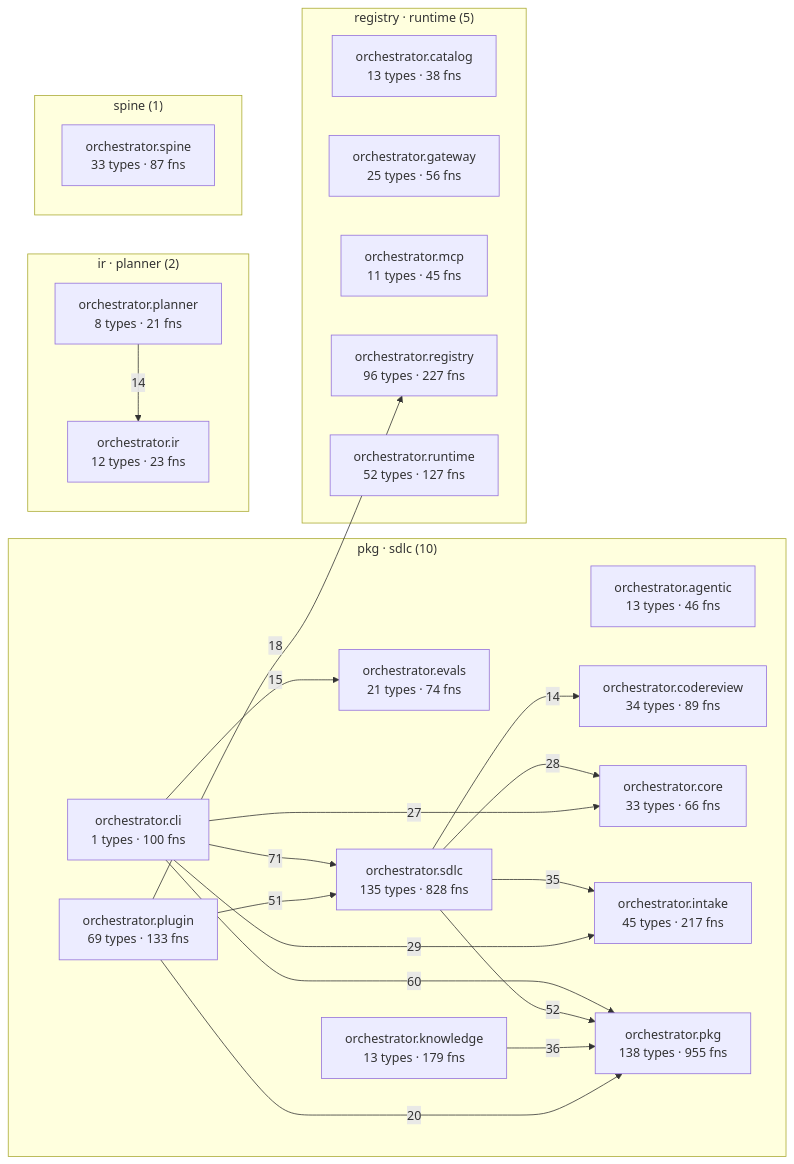
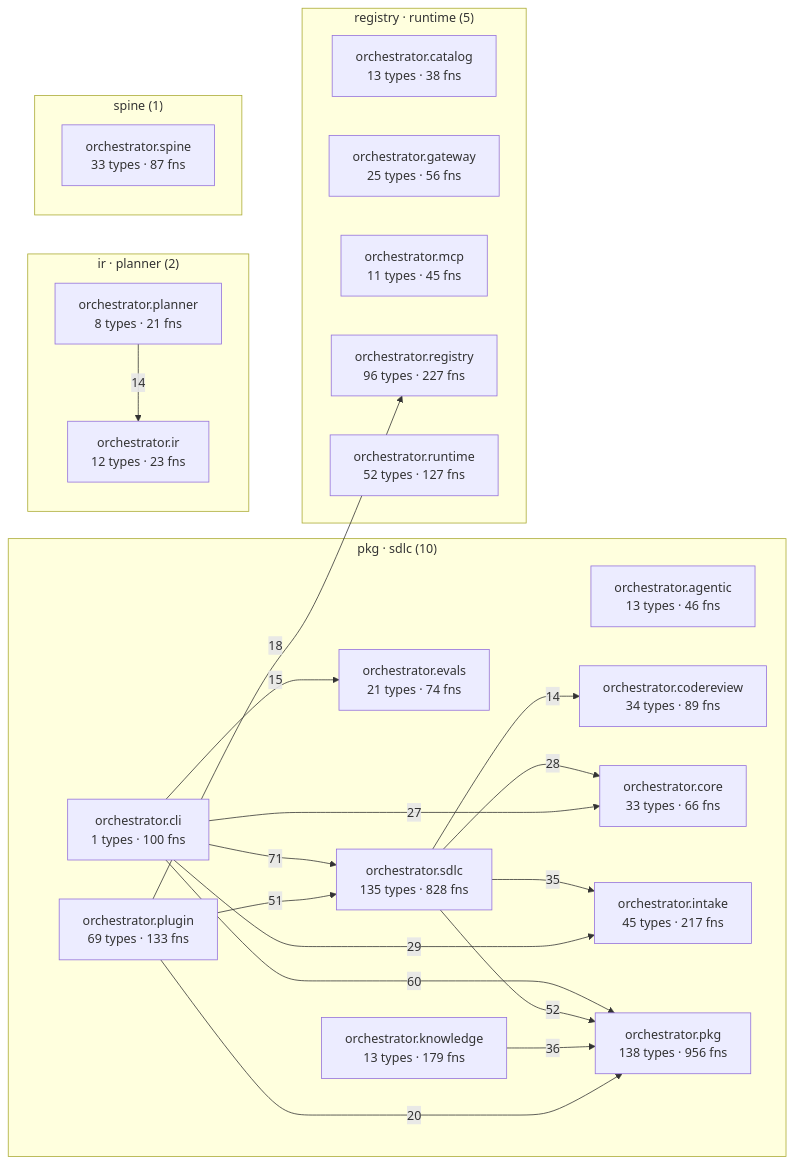
Before and after one commit to palakupadhyay23/spine: the diagram in episteme/architecture.md, drawn with Mermaid. The commit also changed other lines of this file and 10 other files, not shown here.

````diff
--- a/episteme/architecture.md
+++ b/episteme/architecture.md
@@ -54,43 +54,43 @@
 ```mermaid
 flowchart LR
   subgraph c_2["pkg · sdlc (10)"]
     aorchestratoragentic["orchestrator.agentic<br/>13 types · 46 fns"]
     aorchestratorcli["orchestrator.cli<br/>1 types · 100 fns"]
     aorchestratorcodereview["orchestrator.codereview<br/>34 types · 89 fns"]
     aorchestratorcore["orchestrator.core<br/>33 types · 66 fns"]
     aorchestratorevals["orchestrator.evals<br/>21 types · 74 fns"]
     aorchestratorintake["orchestrator.intake<br/>45 types · 217 fns"]
     aorchestratorknowledge["orchestrator.knowledge<br/>13 types · 179 fns"]
-    aorchestratorpkg["orchestrator.pkg<br/>138 types · 955 fns"]
+    aorchestratorpkg["orchestrator.pkg<br/>138 types · 956 fns"]
     aorchestratorplugin["orchestrator.plugin<br/>69 types · 133 fns"]
     aorchestratorsdlc["orchestrator.sdlc<br/>135 types · 828 fns"]
   end
   subgraph c_4["registry · runtime (5)"]
     aorchestratorcatalog["orchestrator.catalog<br/>13 types · 38 fns"]
     aorchestratorgateway["orchestrator.gateway<br/>25 types · 56 fns"]
     aorchestratormcp["orchestrator.mcp<br/>11 types · 45 fns"]
     aorchestratorregistry["orchestrator.registry<br/>96 types · 227 fns"]
     aorchestratorruntime["orchestrator.runtime<br/>52 types · 127 fns"]
   end
   subgraph c_7["ir · planner (2)"]
     aorchestratorir["orchestrator.ir<br/>12 types · 23 fns"]
     aorchestratorplanner["orchestrator.planner<br/>8 types · 21 fns"]
   end
   subgraph c_12["spine (1)"]
     aorchestratorspine["orchestrator.spine<br/>33 types · 87 fns"]
   end
   aorchestratorcli -->|71| aorchestratorsdlc
   aorchestratorcli -->|60| aorchestratorpkg
   aorchestratorsdlc -->|52| aorchestratorpkg
   aorchestratorplugin -->|51| aorchestratorsdlc
   aorchestratorknowledge -->|36| aorchestratorpkg
   aorchestratorsdlc -->|35| aorchestratorintake
   aorchestratorcli -->|29| aorchestratorintake
   aorchestratorsdlc -->|28| aorchestratorcore
   aorchestratorcli -->|27| aorchestratorcore
   aorchestratorplugin -->|20| aorchestratorpkg
   aorchestratorplugin -->|18| aorchestratorregistry
   aorchestratorcli -->|15| aorchestratorevals
   aorchestratorplanner -->|14| aorchestratorir
   aorchestratorsdlc -->|14| aorchestratorcodereview
 ```
````
